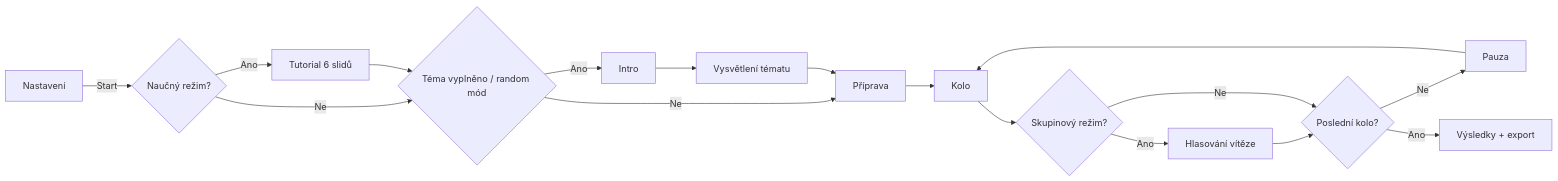
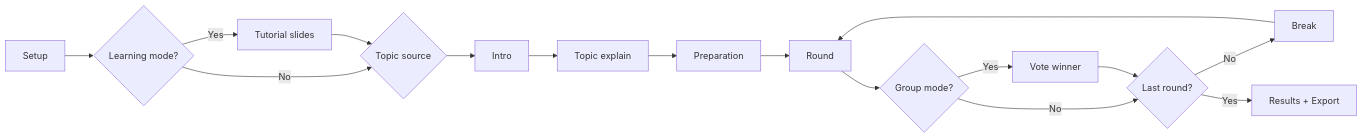
Before and after one commit to Esperosa/debatni-casovac: the diagram in README.md, drawn with Mermaid. The commit also changed other lines of this file, not shown here.

````diff
--- a/README.md
+++ b/README.md
@@ -48,19 +62,18 @@
 ```mermaid
 flowchart LR
-  A[Nastavení] -->|Start| B{Naučný režim?}
-  B -->|Ano| C[Tutorial 6 slidů]
-  B -->|Ne| D{Téma vyplněno / random mód}
+  A[Setup] --> B{Learning mode?}
+  B -->|Yes| C[Tutorial slides]
+  B -->|No| D{Topic source}
   C --> D
-  D -->|Ano| E[Intro]
-  D -->|Ne| F[Příprava]
-  E --> G[Vysvětlení tématu]
-  G --> F
-  F --> H[Kolo]
-  H --> I{Skupinový režim?}
-  I -->|Ano| J[Hlasování vítěze]
-  J --> K{Poslední kolo?}
-  I -->|Ne| K
-  K -->|Ne| L[Pauza]
+  D --> E[Intro]
+  E --> F[Topic explain]
+  F --> G[Preparation]
+  G --> H[Round]
+  H --> I{Group mode?}
+  I -->|Yes| J[Vote winner]
+  I -->|No| K{Last round?}
+  J --> K
+  K -->|No| L[Break]
   L --> H
-  K -->|Ano| M[Výsledky + export]
+  K -->|Yes| M[Results + Export]
 ```
````
